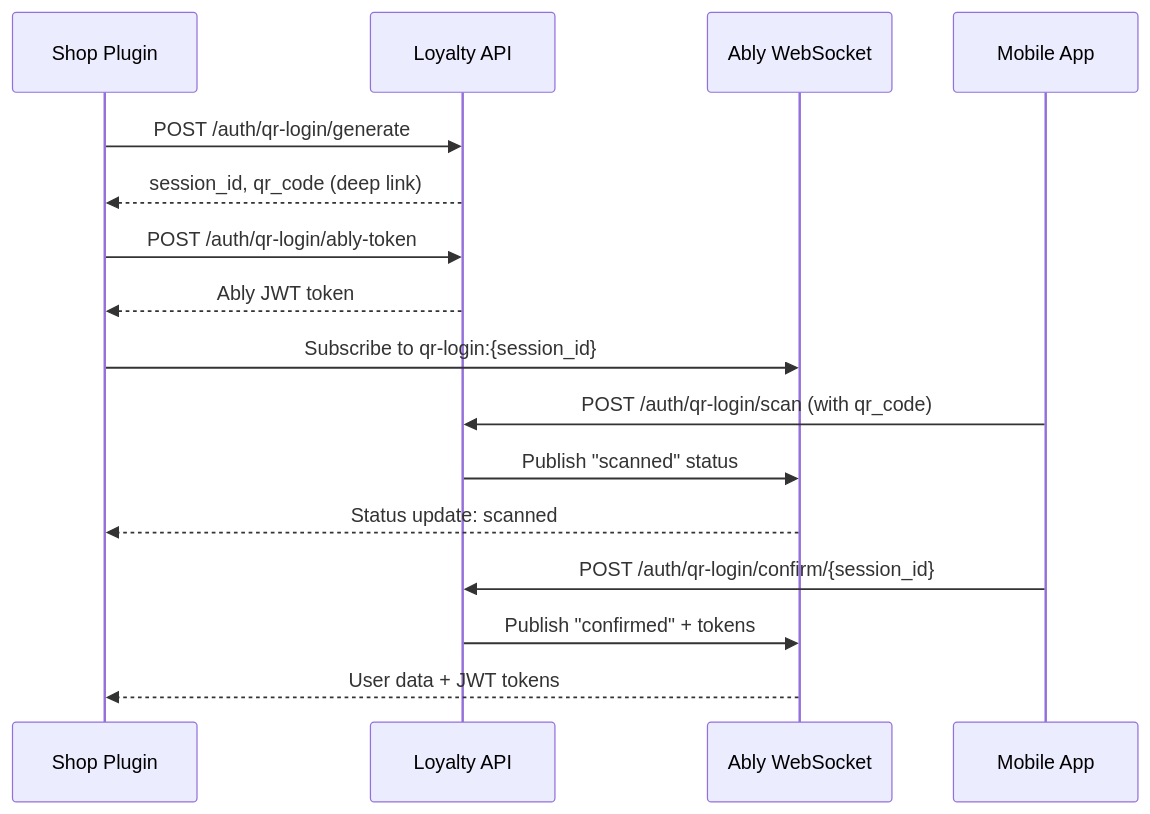
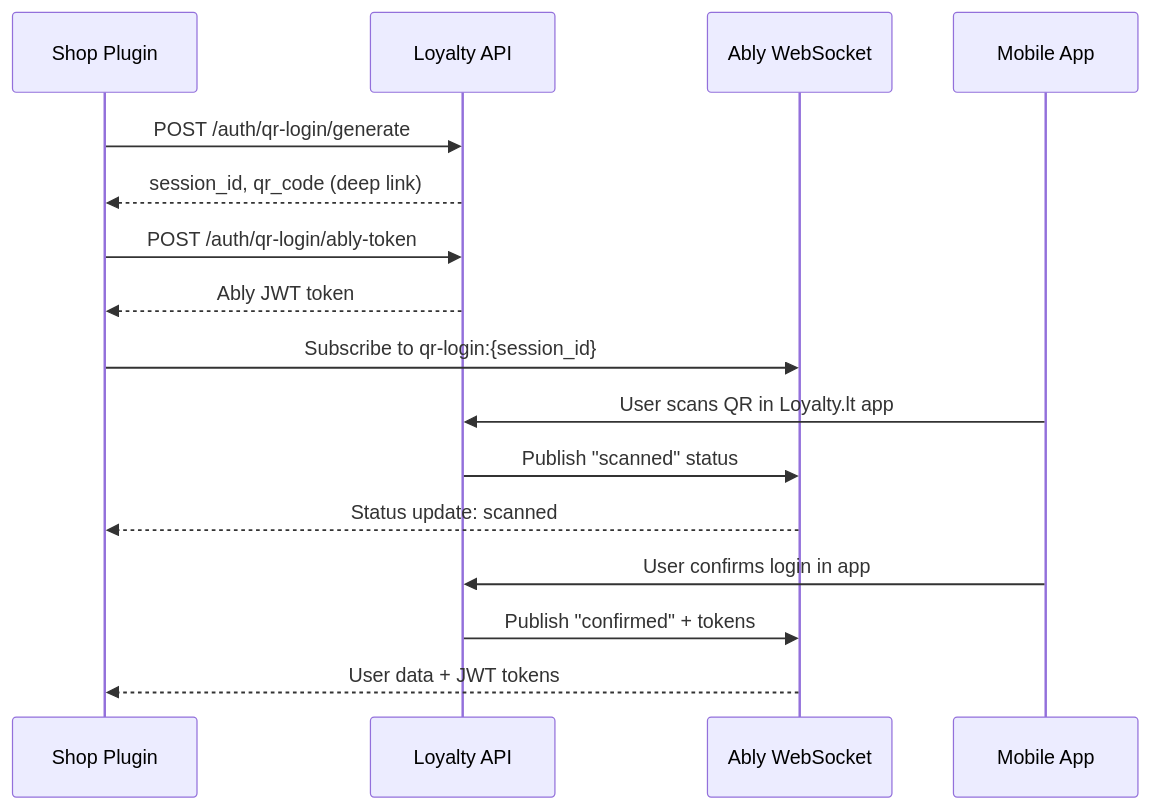
The diagram in api-reference/endpoints/shop/auth/qr-login.mdx (Loyalty-lt/docs), drawn with Mermaid before and after one commit. The commit also changed other lines of this file and 10 other files, not shown here.

````diff
--- a/api-reference/endpoints/shop/auth/qr-login.mdx
+++ b/api-reference/endpoints/shop/auth/qr-login.mdx
@@ -17,21 +17,21 @@
 ```mermaid
 sequenceDiagram
     participant Web as Shop Plugin
     participant API as Loyalty API
     participant Ably as Ably WebSocket
     participant App as Mobile App
     
     Web->>API: POST /auth/qr-login/generate
     API-->>Web: session_id, qr_code (deep link)
     Web->>API: POST /auth/qr-login/ably-token
     API-->>Web: Ably JWT token
     Web->>Ably: Subscribe to qr-login:{session_id}
     
-    App->>API: POST /auth/qr-login/scan (with qr_code)
+    App->>API: User scans QR in Loyalty.lt app
     API->>Ably: Publish "scanned" status
     Ably-->>Web: Status update: scanned
     
-    App->>API: POST /auth/qr-login/confirm/{session_id}
+    App->>API: User confirms login in app
     API->>Ably: Publish "confirmed" + tokens
     Ably-->>Web: User data + JWT tokens
 ```
````
